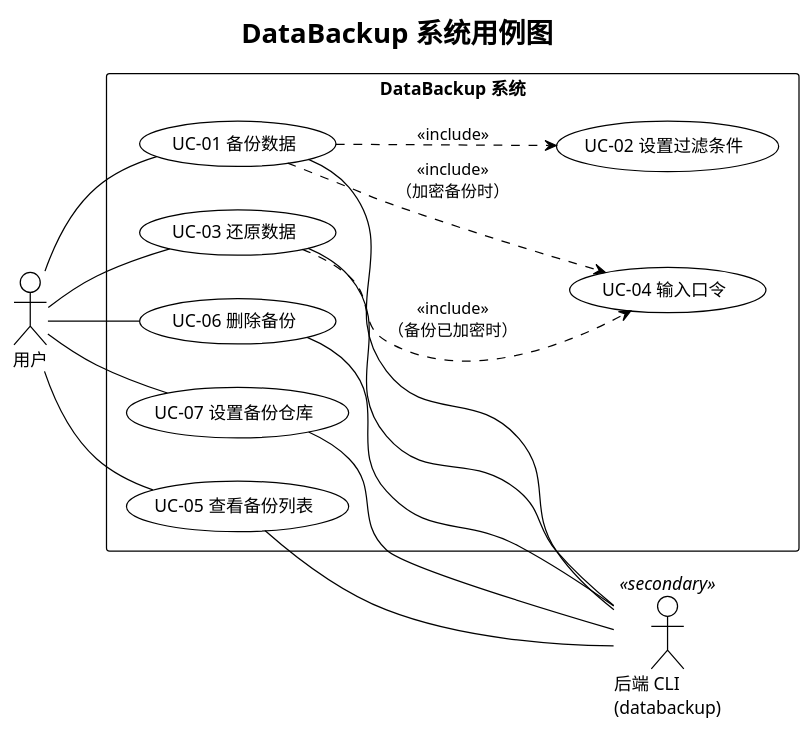
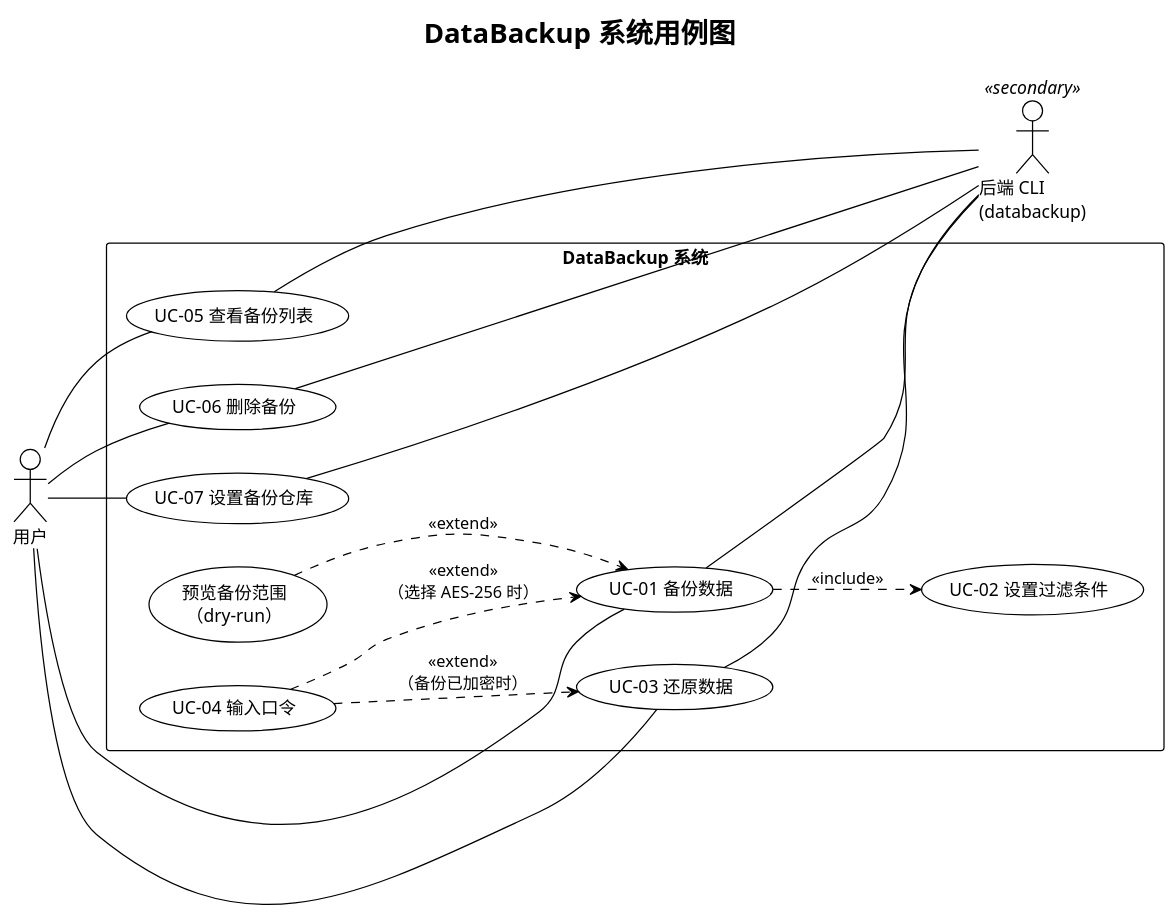
One commit to Piaoxuemoli/software-class-qoobeewang changed the diagram in docs/deliverables/diagrams/use-cases.puml. Above: the diagram before and after it, drawn with PlantUML. The commit also changed 26 other files, not shown here.

```diff
--- a/docs/deliverables/diagrams/use-cases.puml
+++ b/docs/deliverables/diagrams/use-cases.puml
@@ -1,32 +1,34 @@
 @startuml use-cases
 !theme plain
 left to right direction
 title DataBackup 系统用例图
 
 actor 用户 as user
 actor "后端 CLI\n(databackup)" as cli <<secondary>>
 
 rectangle "DataBackup 系统" {
   usecase "UC-01 备份数据" as uc01
   usecase "UC-02 设置过滤条件" as uc02
   usecase "UC-03 还原数据" as uc03
   usecase "UC-04 输入口令" as uc04
+  usecase "预览备份范围\n（dry-run）" as uc01x
   usecase "UC-05 查看备份列表" as uc05
   usecase "UC-06 删除备份" as uc06
   usecase "UC-07 设置备份仓库" as uc07
 }
 
 user -- uc01
 user -- uc03
 user -- uc05
 user -- uc06
 user -- uc07
 uc01 ..> uc02 : <<include>>
-uc01 ..> uc04 : <<include>>\n（加密备份时）
-uc03 ..> uc04 : <<include>>\n（备份已加密时）
+uc04 ..> uc01 : <<extend>>\n（选择 AES-256 时）
+uc04 ..> uc03 : <<extend>>\n（备份已加密时）
+uc01x ..> uc01 : <<extend>>
 uc01 -- cli
 uc03 -- cli
 uc05 -- cli
 uc06 -- cli
 uc07 -- cli
 @enduml
```
